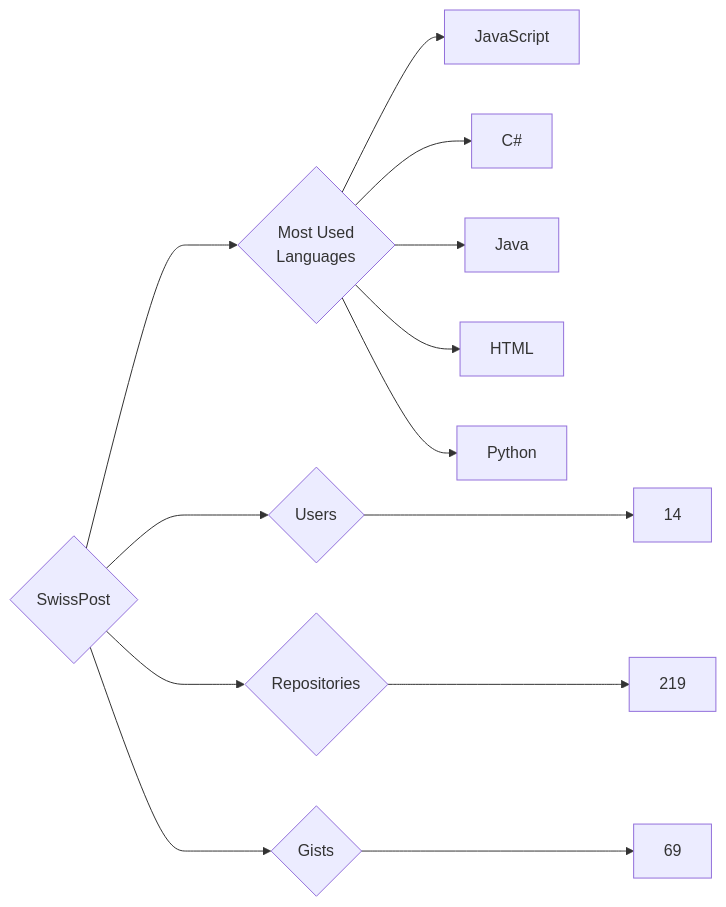
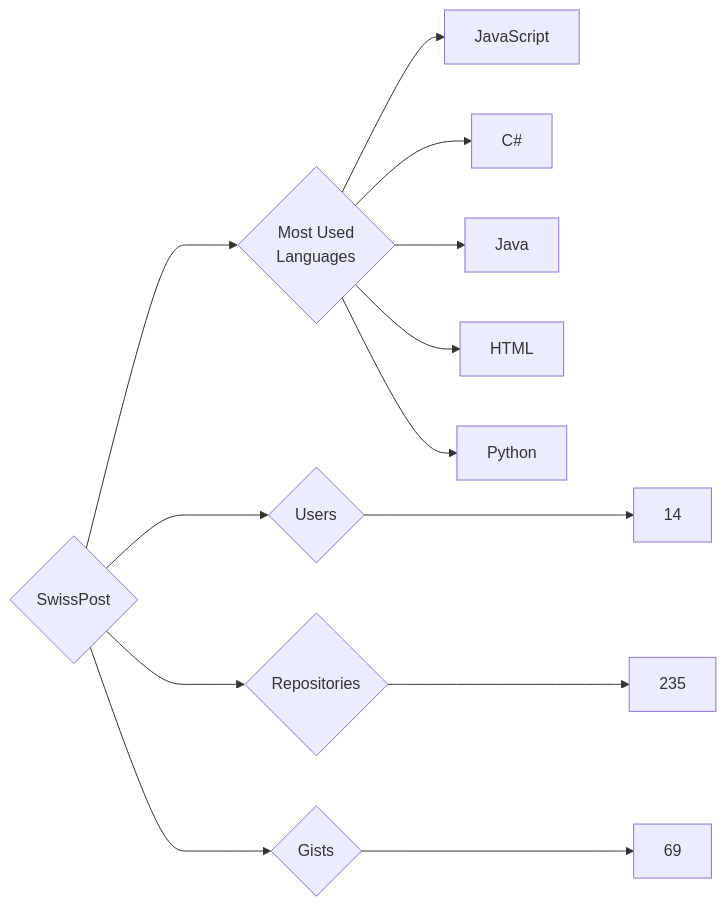
Before and after one commit to trickest/insiders: the diagram in targets/SwissPost/README.md, drawn with Mermaid. The commit also changed 1484 other files, not shown here.

````diff
--- a/targets/SwissPost/README.md
+++ b/targets/SwissPost/README.md
@@ -3,13 +3,13 @@
 ```mermaid
 graph LR
 COMPANY_NAME{SwissPost}
 COMPANY_NAME ---> U{Users} ---> UN[14]
-COMPANY_NAME ---> R{Repositories} ---> RN[219]
+COMPANY_NAME ---> R{Repositories} ---> RN[235]
 COMPANY_NAME ---> G{Gists} ---> GN[69]
 COMPANY_NAME ---> ML{Most Used<br>Languages}
 ML --> JavaScript[JavaScript]
 ML --> C#[C#]
 ML --> Java[Java]
 ML --> HTML[HTML]
 ML --> Python[Python]
 ```
````
